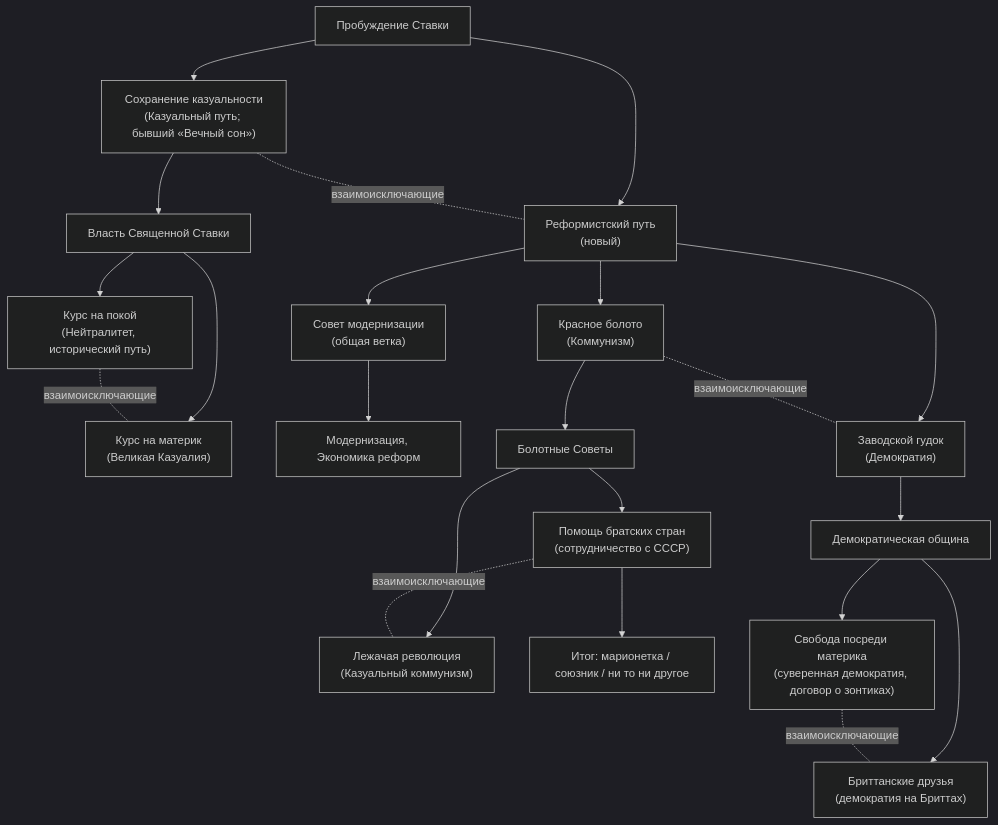
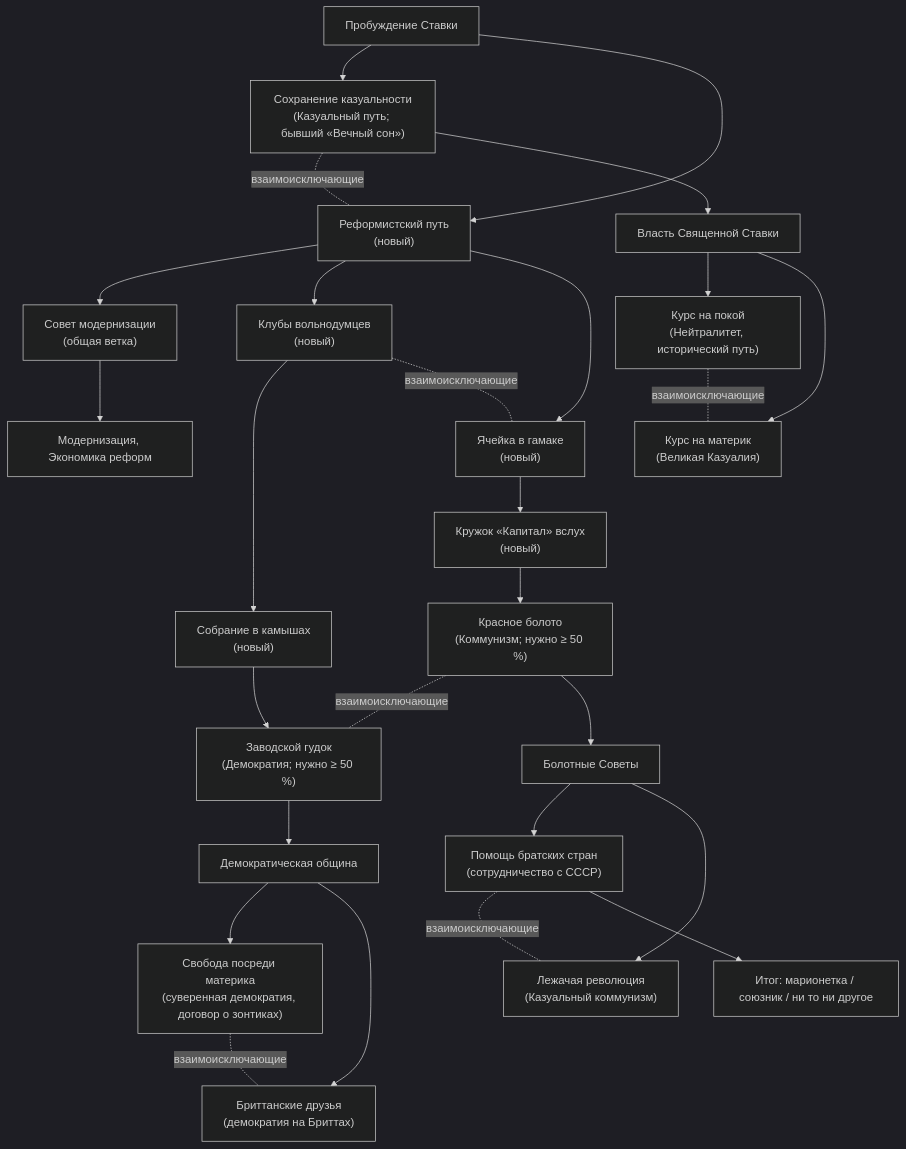
The first of 12 diagrams in docs/focuses/Kazualia-Focus-Tree.md (CatShredia/casuality-mod), drawn with Mermaid (dark theme) before and after one commit. The commit also changed other lines of this file and 21 other files, not shown here.

````diff
--- a/docs/focuses/Kazualia-Focus-Tree.md
+++ b/docs/focuses/Kazualia-Focus-Tree.md
@@ -34,24 +34,27 @@
 ```mermaid
 flowchart TD
     P0["Пробуждение Ставки"] --> P1["Сохранение казуальности<br/>(Казуальный путь; бывший «Вечный сон»)"]
     P0 --> P2["Реформистский путь<br/>(новый)"]
     P1 -. "взаимоисключающие" .- P2
     P1 --> G0["Власть Священной Ставки"]
     G0 --> GN["Курс на покой<br/>(Нейтралитет, исторический путь)"]
     G0 --> GG["Курс на материк<br/>(Великая Казуалия)"]
     GN -. "взаимоисключающие" .- GG
     P2 --> M0["Совет модернизации<br/>(общая ветка)"]
     M0 --> MX["Модернизация, Экономика реформ"]
-    P2 --> P3["Красное болото<br/>(Коммунизм)"]
-    P2 --> P4["Заводской гудок<br/>(Демократия)"]
+    P2 --> MD1["Клубы вольнодумцев<br/>(новый)"] --> MD2["Собрание в камышах<br/>(новый)"] --> P4
+    P2 --> MC1["Ячейка в гамаке<br/>(новый)"] --> MC2["Кружок «Капитал» вслух<br/>(новый)"] --> P3
+    MD1 -. "взаимоисключающие" .- MC1
+    P3["Красное болото<br/>(Коммунизм; нужно ≥ 50 %)"]
+    P4["Заводской гудок<br/>(Демократия; нужно ≥ 50 %)"]
     P3 -. "взаимоисключающие" .- P4
     P3 --> CC["Болотные Советы"]
     CC --> CS["Помощь братских стран<br/>(сотрудничество с СССР)"]
     CC --> CK["Лежачая революция<br/>(Казуальный коммунизм)"]
     CS -. "взаимоисключающие" .- CK
     CS --> CF["Итог: марионетка / союзник / ни то ни другое"]
     P4 --> DD["Демократическая община"]
     DD --> DS["Свобода посреди материка<br/>(суверенная демократия, договор о зонтиках)"]
     DD --> DB["Бриттанские друзья<br/>(демократия на Бриттах)"]
     DS -. "взаимоисключающие" .- DB
 ```
````
